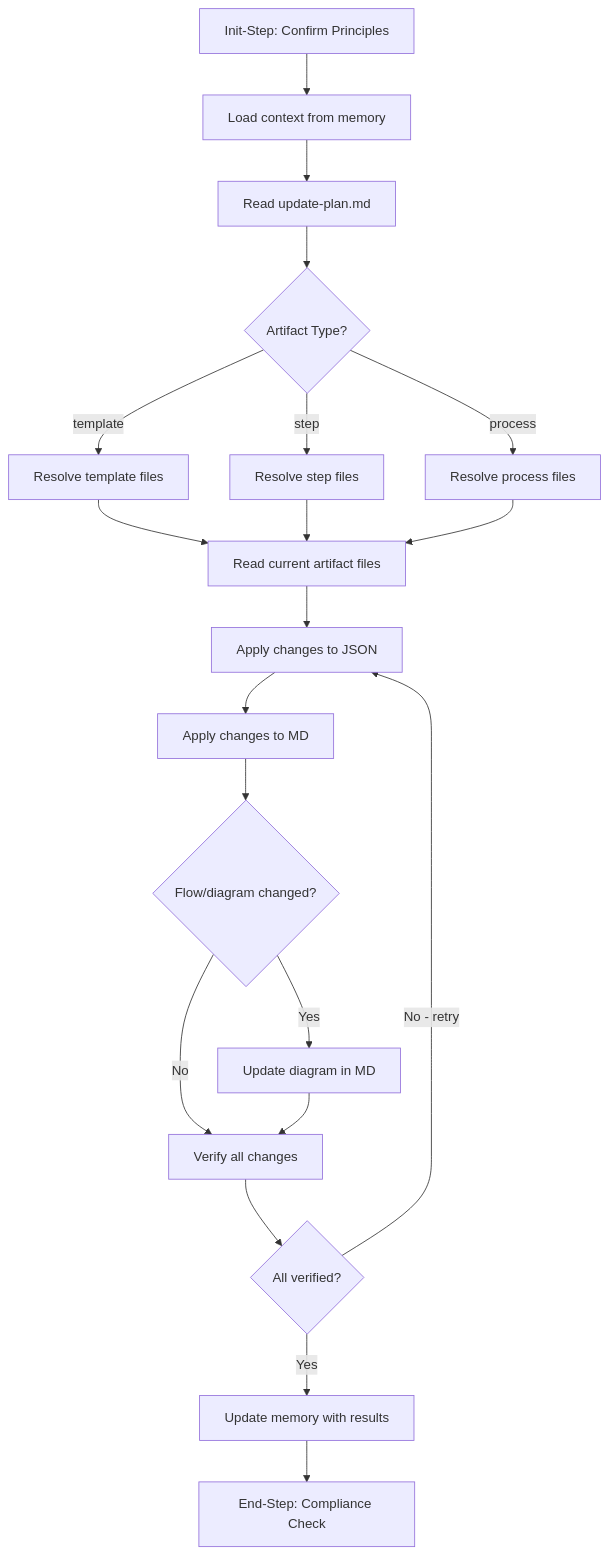
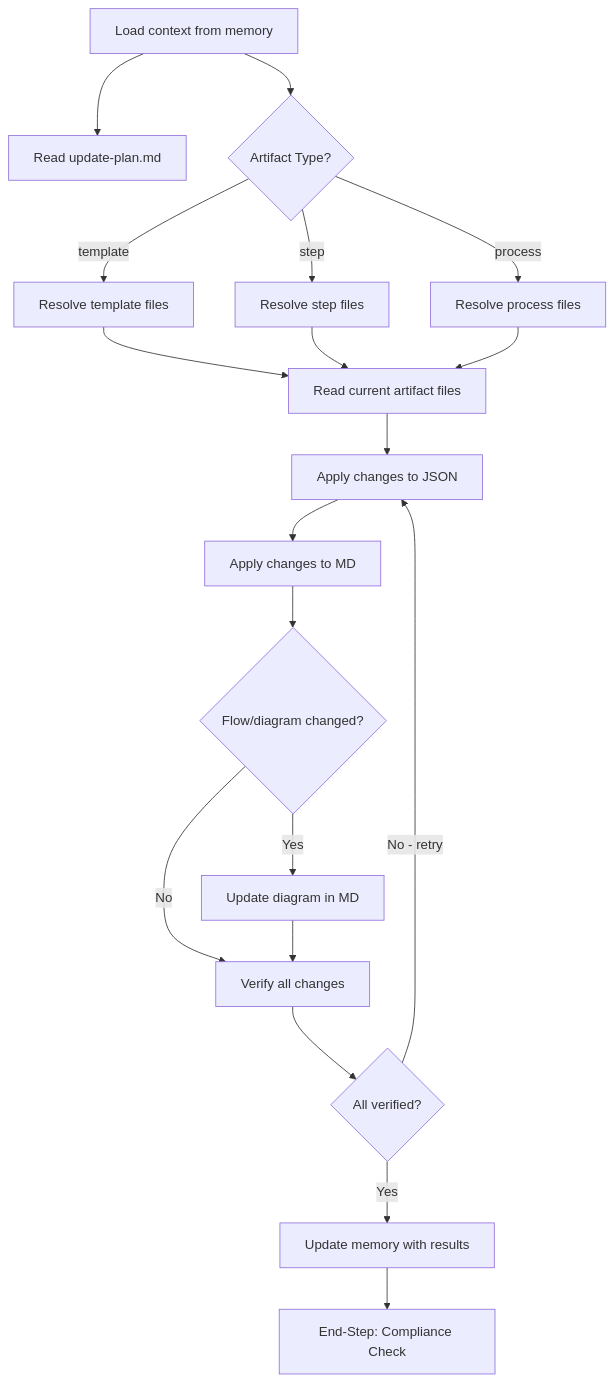
One commit to HMTools/agentic-processes-templates changed the diagram in templates/steps/common/apply-artifact-updates/apply-artifact-updates.md. Above: the diagram before and after it, drawn with Mermaid. The commit also changed other lines of this file and 64 other files, not shown here.

First line of the commit message:
refactor: Remove explicit process and step principle initialization

````diff
--- a/templates/steps/common/apply-artifact-updates/apply-artifact-updates.md
+++ b/templates/steps/common/apply-artifact-updates/apply-artifact-updates.md
@@ -44,25 +44,24 @@
 ```mermaid
 graph TD
-    A[Init-Step: Confirm Principles] --> B[Load context from memory]
-    B --> C[Read update-plan.md]
-    C --> D{Artifact Type?}
+    A[Load context from memory] --> B[Read update-plan.md]
+    A --> C{Artifact Type?}
     
-    D -->|template| D1[Resolve template files]
-    D -->|step| D2[Resolve step files]
-    D -->|process| D3[Resolve process files]
+    C -->|template| D1[Resolve template files]
+    C -->|step| D2[Resolve step files]
+    C -->|process| D3[Resolve process files]
     
     D1 --> E[Read current artifact files]
     D2 --> E
     D3 --> E
     
     E --> F[Apply changes to JSON]
     F --> G[Apply changes to MD]
     G --> H{Flow/diagram changed?}
     H -->|Yes| I[Update diagram in MD]
     H -->|No| J[Verify all changes]
     I --> J
     J --> K{All verified?}
     K -->|No - retry| F
     K -->|Yes| L[Update memory with results]
     L --> M[End-Step: Compliance Check]
 ```
````
